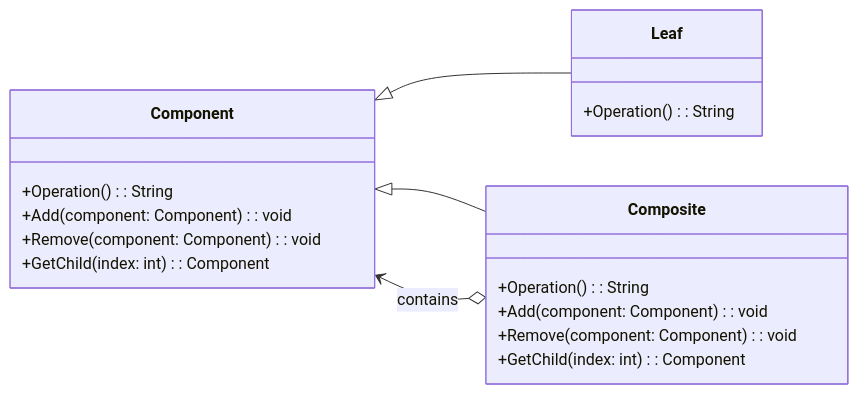
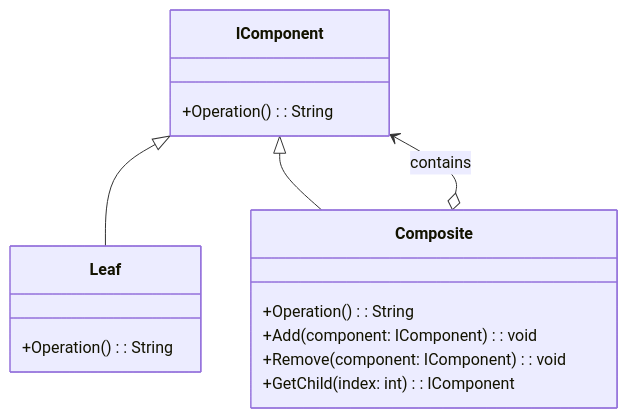
The diagram in Structural Patterns/Composite.md (Daniolos/CodeCyclopedia), drawn with Mermaid before and after one commit. The commit also changed other lines of this file and 1 other file, not shown here.

Commit message:
corrected composite overview and example

````diff
--- a/Structural Patterns/Composite.md
+++ b/Structural Patterns/Composite.md
@@ -11,26 +11,23 @@
 ```mermaid
 classDiagram
-    direction LR
+    direction TB
 
-    class Component {
+    class IComponent {
         +Operation(): String
-        +Add(component: Component): void
-        +Remove(component: Component): void
-        +GetChild(index: int): Component
     }
 
     class Leaf {
         +Operation(): String
     }
 
     class Composite {
         +Operation(): String
-        +Add(component: Component): void
-        +Remove(component: Component): void
-        +GetChild(index: int): Component
+        +Add(component: IComponent): void
+        +Remove(component: IComponent): void
+        +GetChild(index: int): IComponent
     }
 
-    Component <|-- Leaf
-    Component <|-- Composite
-    Composite o--> Component : contains
+    IComponent <|-- Leaf
+    IComponent <|-- Composite
+    Composite o--> IComponent : contains
 ```
````
